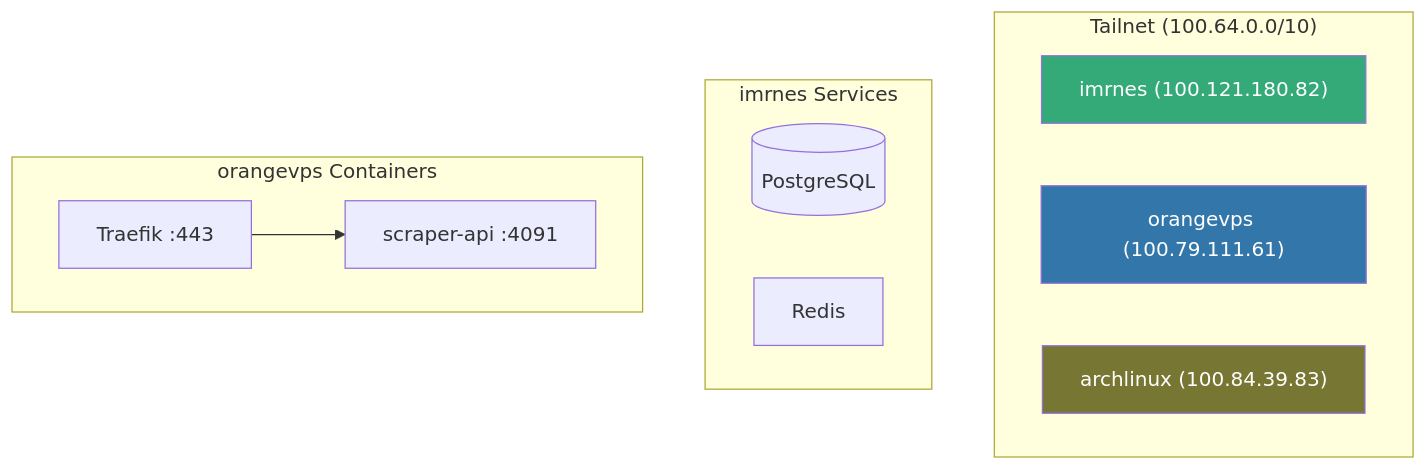
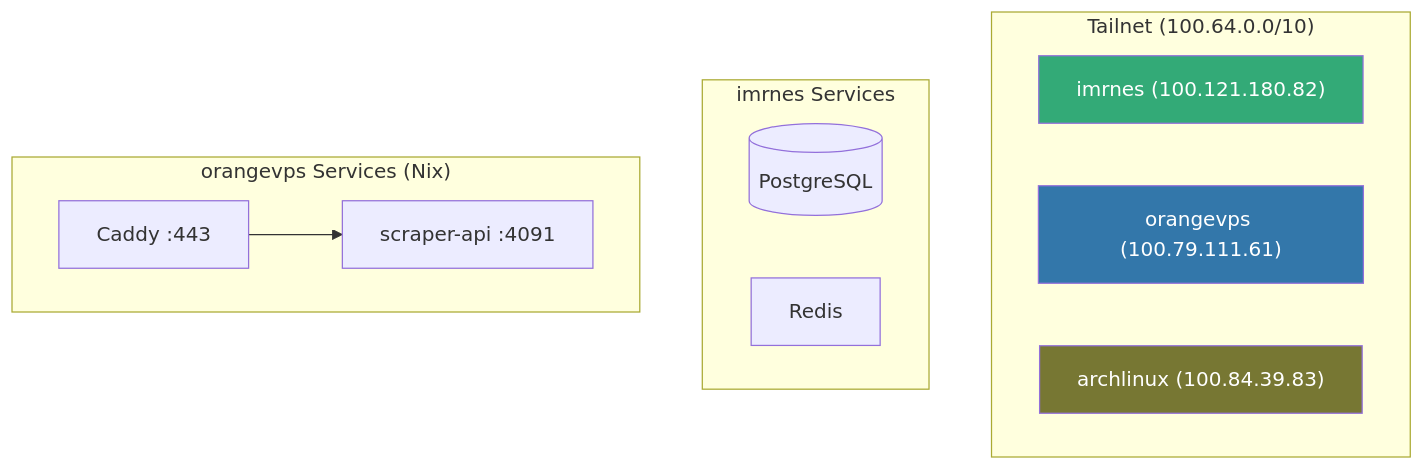
One commit to asepharyana/asepharyana-hub changed the first of 5 diagrams in ARCHITECTURE.md. Above: the diagram before and after it, drawn with Mermaid. The commit also changed other lines of this file and 10 other files, not shown here.

Commit message:
docs: sync infra docs to Caddy+Nix 4000s (Traefik/Docker legacy)

````diff
--- a/ARCHITECTURE.md
+++ b/ARCHITECTURE.md
@@ -89,24 +99,24 @@
 ```mermaid
 graph TB
     subgraph "Tailnet (100.64.0.0/10)"
         IMRNES["imrnes (100.121.180.82)"]
         ORANGEVPS["orangevps (100.79.111.61)"]
         ARCH["archlinux (100.84.39.83)"]
     end
 
     subgraph "imrnes Services"
         PG[(PostgreSQL)]
         REDIS[Redis]
     end
 
-    subgraph "orangevps Containers"
-        TRAEFIK[Traefik :443]
+    subgraph "orangevps Services (Nix)"
+        CADDY[Caddy :443]
         SCRAPER[scraper-api :4091]
     end
 
-    TRAEFIK --> SCRAPER
+    CADDY --> SCRAPER
 
     style IMRNES fill:#3a7,color:#fff
     style ORANGEVPS fill:#37a,color:#fff
     style ARCH fill:#773,color:#fff
 ```
````
